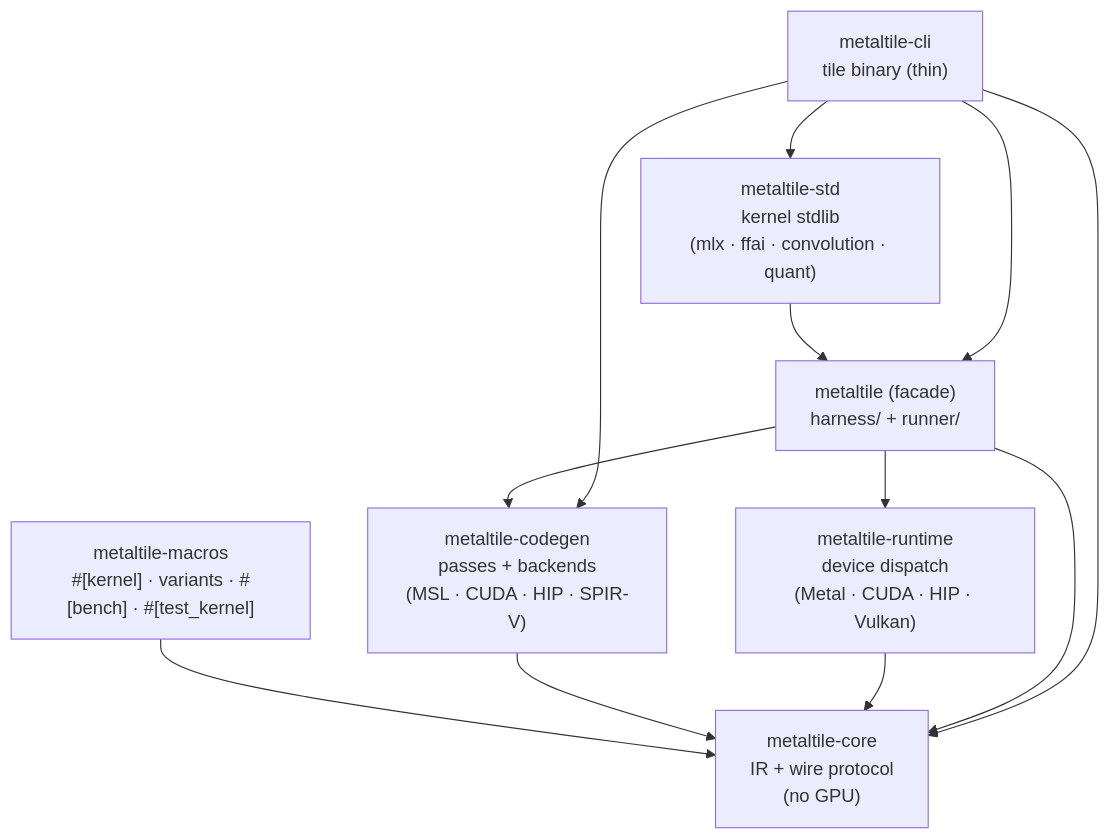
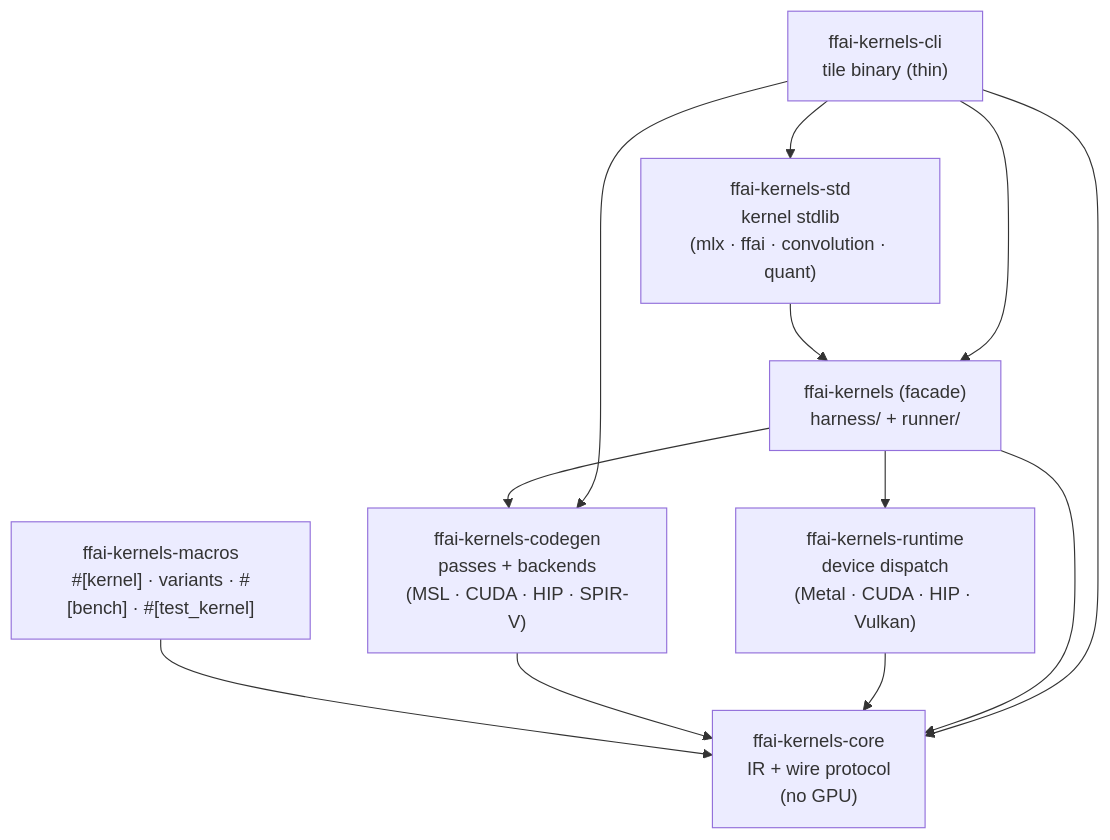
The first of 6 diagrams in docs/specs/ARCHITECTURE.md (giveen/iron), drawn with Mermaid before and after one commit. The commit also changed other lines of this file and 950 other files, not shown here.

First line of the commit message:
chore: rename crates metaltile-* to ffai-kernels-* (#34)

````diff
--- a/docs/specs/ARCHITECTURE.md
+++ b/docs/specs/ARCHITECTURE.md
@@ -30,22 +30,22 @@
 ```mermaid
 flowchart TD
-    macros["metaltile-macros<br/>#[kernel] · variants · #[bench] · #[test_kernel]"]
-    core["metaltile-core<br/>IR + wire protocol<br/>(no GPU)"]
-    codegen["metaltile-codegen<br/>passes + backends<br/>(MSL · CUDA · HIP · SPIR-V)"]
-    runtime["metaltile-runtime<br/>device dispatch<br/>(Metal · CUDA · HIP · Vulkan)"]
-    facade["metaltile (facade)<br/>harness/ + runner/"]
-    std["metaltile-std<br/>kernel stdlib<br/>(mlx · ffai · convolution · quant)"]
-    cli["metaltile-cli<br/>tile binary (thin)"]
+    macros["ffai-kernels-macros<br/>#[kernel] · variants · #[bench] · #[test_kernel]"]
+    core["ffai-kernels-core<br/>IR + wire protocol<br/>(no GPU)"]
+    codegen["ffai-kernels-codegen<br/>passes + backends<br/>(MSL · CUDA · HIP · SPIR-V)"]
+    runtime["ffai-kernels-runtime<br/>device dispatch<br/>(Metal · CUDA · HIP · Vulkan)"]
+    facade["ffai-kernels (facade)<br/>harness/ + runner/"]
+    std["ffai-kernels-std<br/>kernel stdlib<br/>(mlx · ffai · convolution · quant)"]
+    cli["ffai-kernels-cli<br/>tile binary (thin)"]
 
     macros --> core
     codegen --> core
     runtime --> core
     facade --> core
     facade --> codegen
     facade --> runtime
     std --> facade
     cli --> facade
     cli --> codegen
     cli --> std
     cli --> core
 ```
````
